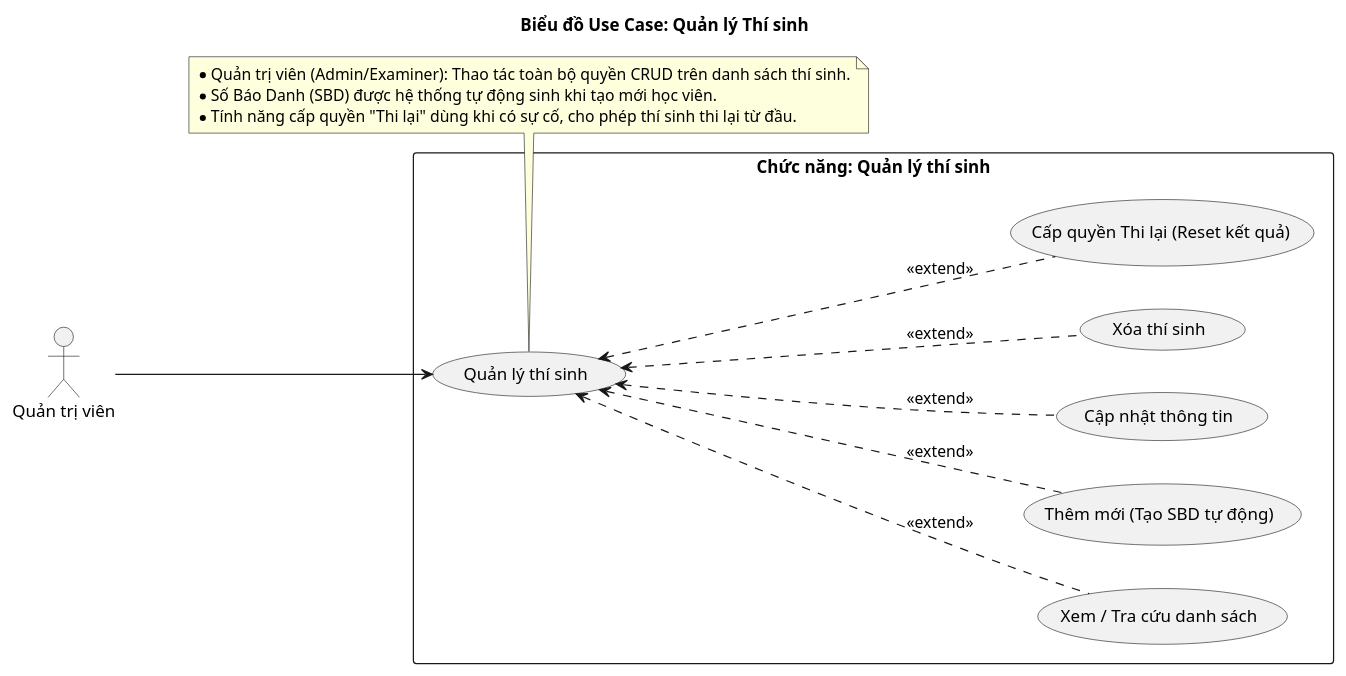
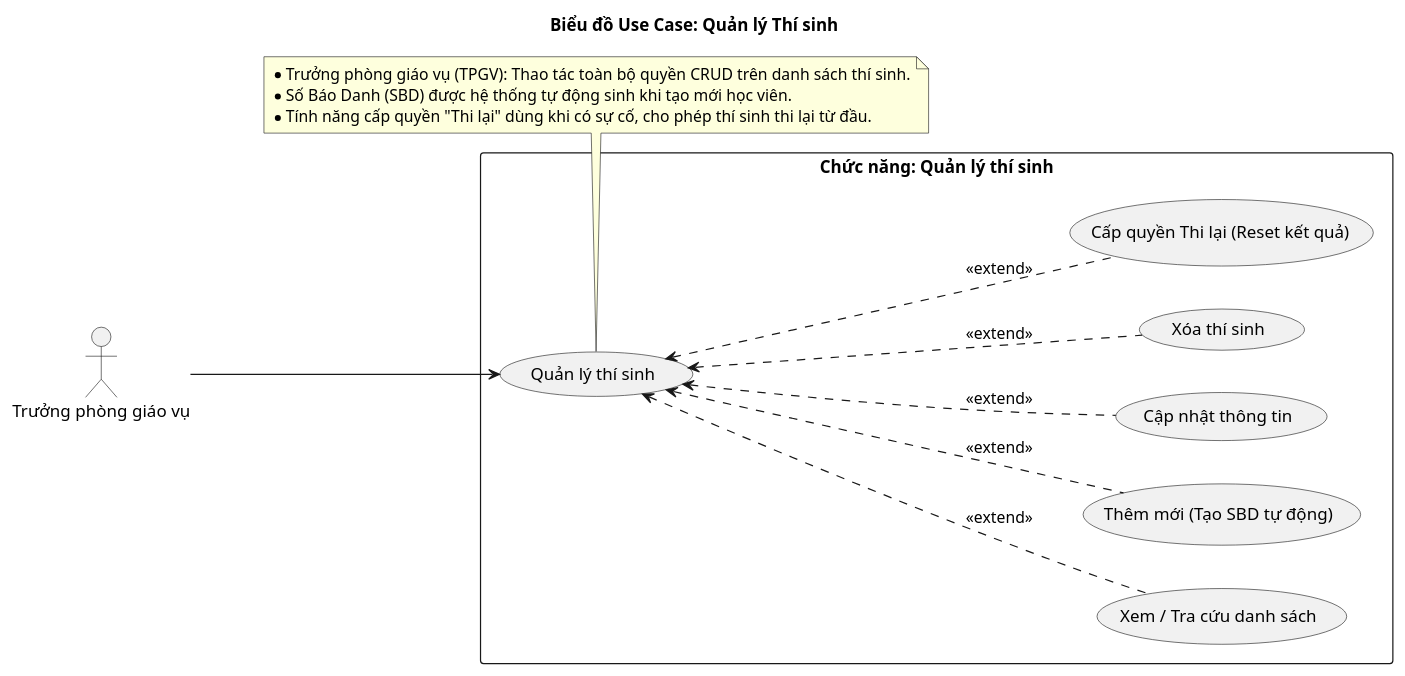
One commit to VuKV03/do-an-tot-nghiep changed the first of 3 diagrams in Usecase/quanlythisinh.md. Above: the diagram before and after it, drawn with PlantUML. The commit also changed other lines of this file and 10 other files, not shown here.

````diff
--- a/Usecase/quanlythisinh.md
+++ b/Usecase/quanlythisinh.md
@@ -22,33 +24,33 @@
 ```plantuml
 @startuml
 title Biểu đồ Use Case: Quản lý Thí sinh
 
 left to right direction
 skinparam packageStyle rectangle
 
-actor "Quản trị viên" as Admin
+actor "Trưởng phòng giáo vụ" as TPGV
 
 rectangle "Chức năng: Quản lý thí sinh" {
   usecase "Quản lý thí sinh" as MainUC
   usecase "Xem / Tra cứu danh sách" as UC_Xem
   usecase "Thêm mới (Tạo SBD tự động)" as UC_Them
   usecase "Cập nhật thông tin" as UC_Sua
   usecase "Xóa thí sinh" as UC_Xoa
   usecase "Cấp quyền Thi lại (Reset kết quả)" as UC_Reset
 
   MainUC <.. UC_Xem : <<extend>>
   MainUC <.. UC_Them : <<extend>>
   MainUC <.. UC_Sua : <<extend>>
   MainUC <.. UC_Xoa : <<extend>>
   MainUC <.. UC_Reset : <<extend>>
 }
 
-Admin --> MainUC
+TPGV --> MainUC
 
 note bottom of MainUC
-  * Quản trị viên (Admin/Examiner): Thao tác toàn bộ quyền CRUD trên danh sách thí sinh.
+  * Trưởng phòng giáo vụ (TPGV): Thao tác toàn bộ quyền CRUD trên danh sách thí sinh.
   * Số Báo Danh (SBD) được hệ thống tự động sinh khi tạo mới học viên.
   * Tính năng cấp quyền "Thi lại" dùng khi có sự cố, cho phép thí sinh thi lại từ đầu.
 end note
 @enduml
 ```
````
